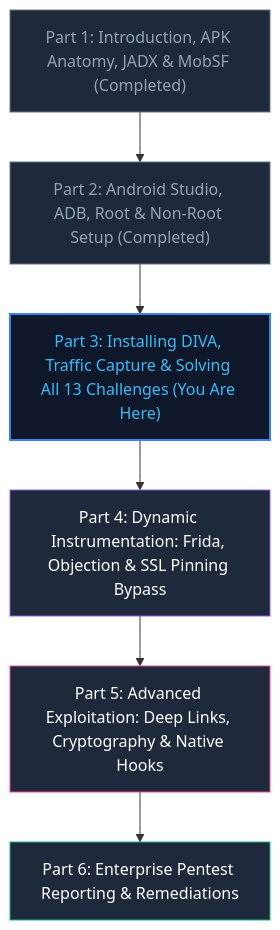
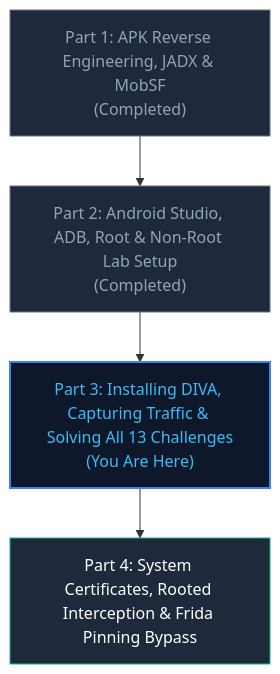
Before and after one commit to sivaoffl04/Cyber-Blog: the fourth of 4 diagrams in Android_pentest/Android Pentesting Part 3 Installing DIVA, Capturing Traffic and Solving All 13 Challenges/Android_Pentest_Part_3.md, drawn with Mermaid. The commit also changed other lines of this file and 8 other files, not shown here.

First line of the commit message:
docs(android-pentest): enhance parts 1-4 with deep technical analysis and accurate course sync

````diff
--- a/Android_pentest/Android Pentesting Part 3 Installing DIVA, Capturing Traffic and Solving All 13 Challenges/Android_Pentest_Part_3.md
+++ b/Android_pentest/Android Pentesting Part 3 Installing DIVA, Capturing Traffic and Solving All 13 Challenges/Android_Pentest_Part_3.md
@@ -1471,22 +1471,16 @@
 ```mermaid
 flowchart TD
-    P1["Part 1: Introduction, APK Anatomy, JADX & MobSF (Completed)"]
-    P2["Part 2: Android Studio, ADB, Root & Non-Root Setup (Completed)"]
-    P3["Part 3: Installing DIVA, Traffic Capture & Solving All 13 Challenges (You Are Here)"]
-    P4["Part 4: Dynamic Instrumentation: Frida, Objection & SSL Pinning Bypass"]
-    P5["Part 5: Advanced Exploitation: Deep Links, Cryptography & Native Hooks"]
-    P6["Part 6: Enterprise Pentest Reporting & Remediations"]
+    P1["Part 1: APK Reverse Engineering, JADX & MobSF\n(Completed)"]
+    P2["Part 2: Android Studio, ADB, Root & Non-Root Lab Setup\n(Completed)"]
+    P3["Part 3: Installing DIVA, Capturing Traffic & Solving All 13 Challenges\n(You Are Here)"]
+    P4["Part 4: System Certificates, Rooted Interception & Frida Pinning Bypass"]
 
     P1 --> P2
     P2 --> P3
     P3 --> P4
-    P4 --> P5
-    P5 --> P6
 
     style P1 fill:#1e293b,stroke:#64748b,color:#94a3b8
     style P2 fill:#1e293b,stroke:#64748b,color:#94a3b8
     style P3 fill:#0f172a,stroke:#3b82f6,stroke-width:2px,color:#38bdf8
-    style P4 fill:#1e293b,stroke:#8b5cf6,color:#fff
-    style P5 fill:#1e293b,stroke:#ec4899,color:#fff
-    style P6 fill:#1e293b,stroke:#10b981,color:#fff
+    style P4 fill:#1e293b,stroke:#10b981,color:#fff
 ```
````
